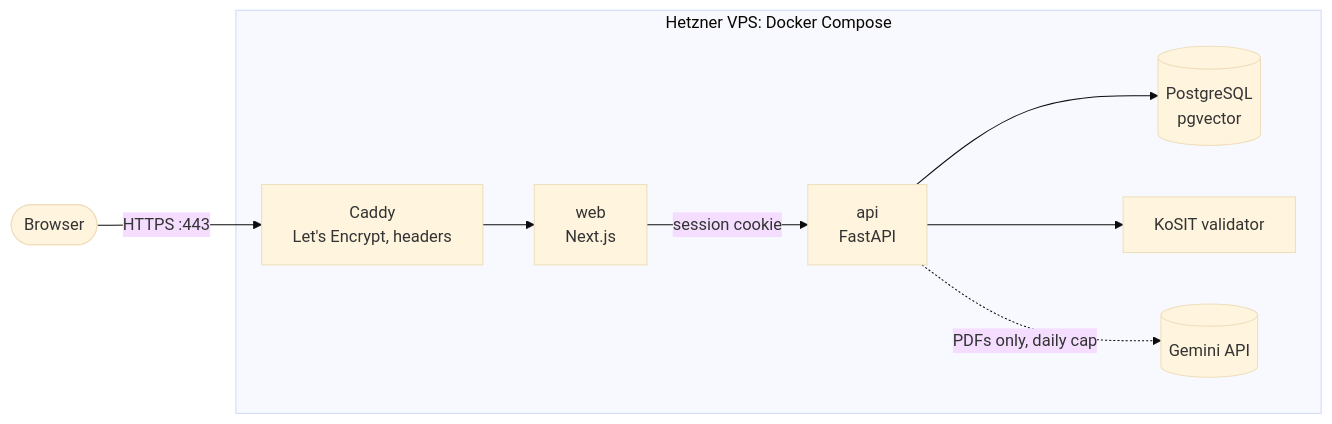
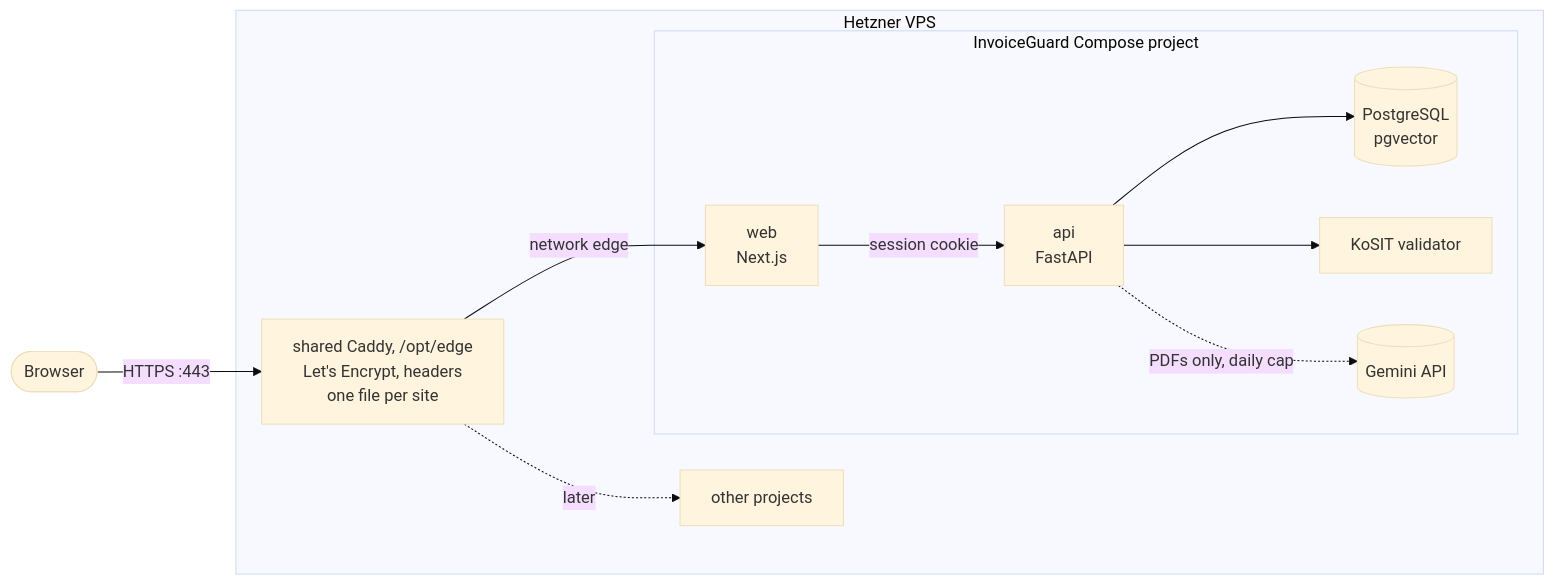
The diagram in docs/deploy.md (Ziad-Alghawi/invoiceguard), drawn with Mermaid (base theme) before and after one commit. The commit also changed other lines of this file and 12 other files, not shown here.

First line of the commit message:
refactor(infra): shared edge Caddy for all sites on the demo server

````diff
--- a/docs/deploy.md
+++ b/docs/deploy.md
@@ -7,11 +9,16 @@
 ```mermaid
 flowchart LR
-    browser([Browser]) -- "HTTPS :443" --> caddy[Caddy<br/>Let's Encrypt, headers]
-    subgraph vps [Hetzner VPS: Docker Compose]
-        caddy --> web[web<br/>Next.js]
+    browser([Browser]) -- "HTTPS :443" --> caddy
+    subgraph vps [Hetzner VPS]
+        caddy[shared Caddy, /opt/edge<br/>Let's Encrypt, headers<br/>one file per site]
+        caddy -. "later" .-> other[other projects]
+        caddy -- "network edge" --> web
+        subgraph ig [InvoiceGuard Compose project]
+        web[web<br/>Next.js]
         web -- "session cookie" --> api[api<br/>FastAPI]
         api --> db[(PostgreSQL<br/>pgvector)]
         api --> validator[KoSIT validator]
         api -. "PDFs only, daily cap" .-> llm[(Gemini API)]
+        end
     end
 ```
````
